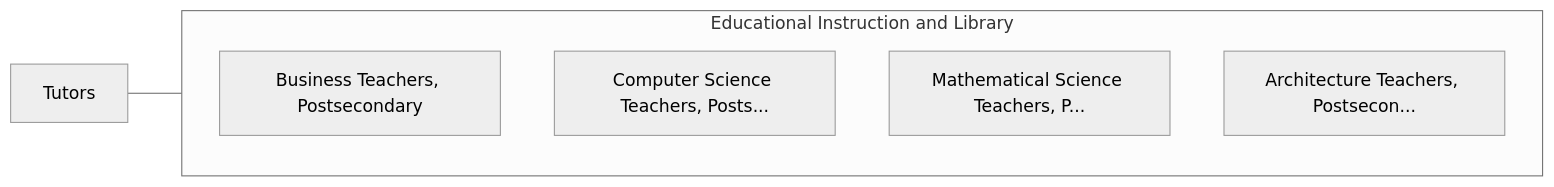
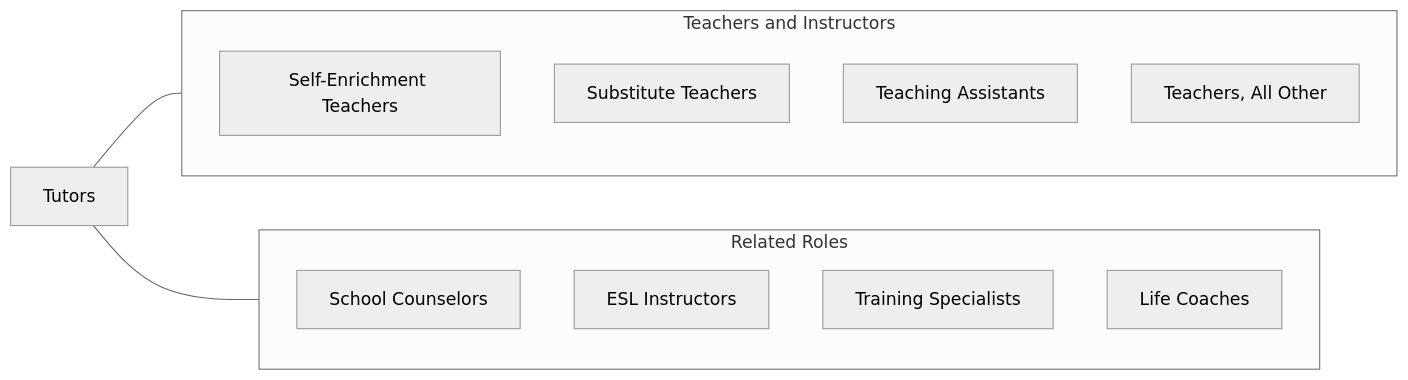
Before and after one commit to kziemski/business.org.ai: the fourth of 4 diagrams in occupations/Education/Tutors.mdx, drawn with Mermaid (neutral theme). The commit also changed other lines of this file and 938 other files, not shown here.

First line of the commit message:
feat: enrich all occupation files with comprehensive domain content

````diff
--- a/occupations/Education/Tutors.mdx
+++ b/occupations/Education/Tutors.mdx
@@ -108,13 +169,21 @@
 ```mermaid
 graph LR
     Current["Tutors"]
 
-    subgraph SameCategory["Educational Instruction and Library"]
-        BusinessTeachersPost["Business Teachers, Postsecondary"]
-        ComputerScienceTeach["Computer Science Teachers, Posts..."]
-        MathematicalScienceT["Mathematical Science Teachers, P..."]
-        ArchitectureTeachers["Architecture Teachers, Postsecon..."]
+    subgraph SameCategory["Teachers and Instructors"]
+        SelfEnrich["Self-Enrichment Teachers"]
+        Subs["Substitute Teachers"]
+        TA["Teaching Assistants"]
+        TeachersAll["Teachers, All Other"]
+    end
+
+    subgraph CrossFunctional["Related Roles"]
+        Counselors["School Counselors"]
+        ESL["ESL Instructors"]
+        TrainDev["Training Specialists"]
+        LifeCoach["Life Coaches"]
     end
 
     Current --- SameCategory
+    Current --- CrossFunctional
 ```
````
